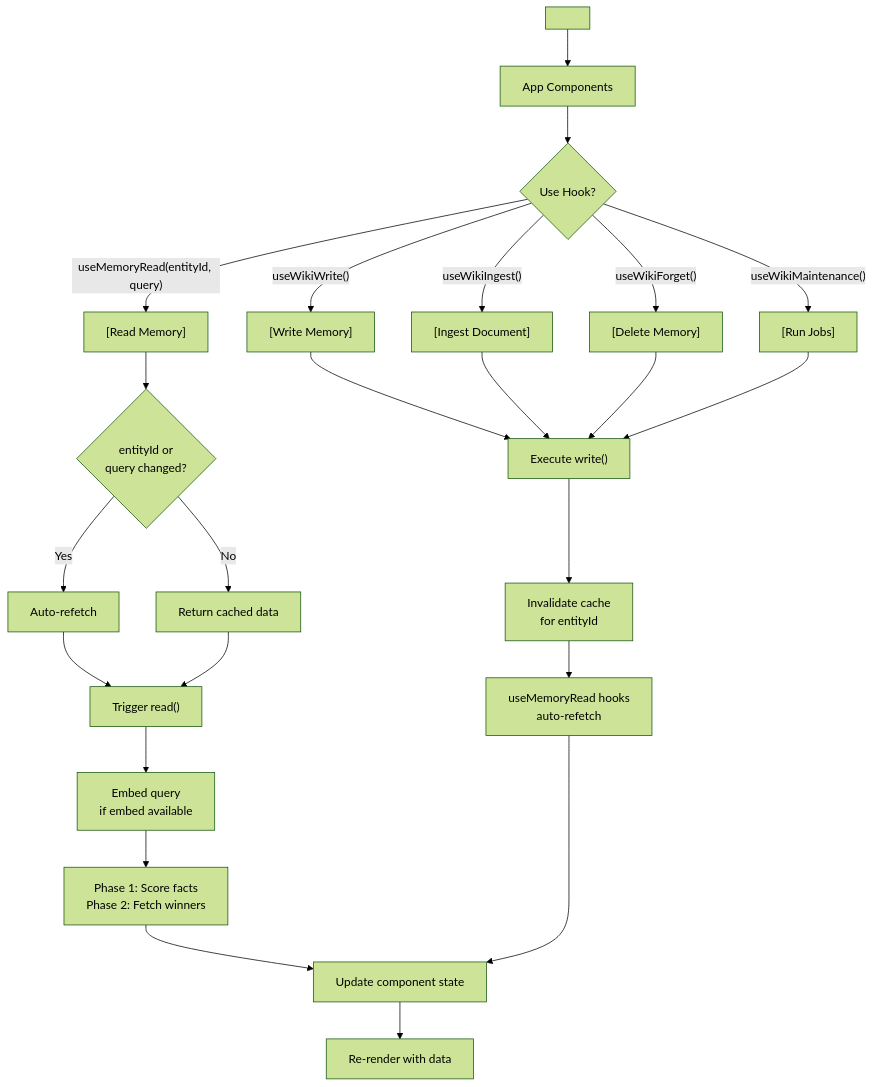
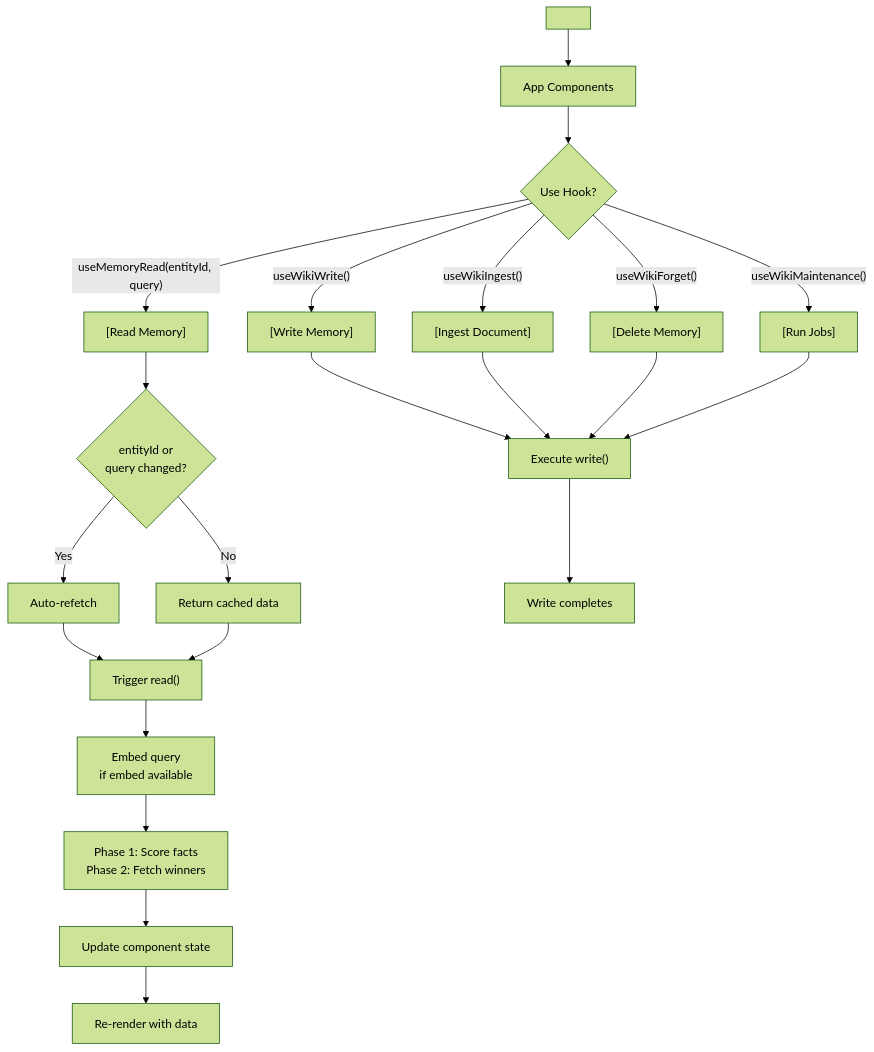
The third of 3 diagrams in README.md (equationalapplications/expo-llm-wiki), drawn with Mermaid (forest theme) before and after one commit. The commit also changed other lines of this file and 7 other files, not shown here.

````diff
--- a/README.md
+++ b/README.md
@@ -678,26 +678,24 @@
 ```mermaid
 flowchart TD
     A["<WikiProvider wiki={wiki}>"] --> B["App Components"]
     B --> C{"Use Hook?"}
     C -->|"useMemoryRead(entityId, query)"| D["[Read Memory]"]
     C -->|"useWikiWrite()"| E["[Write Memory]"]
     C -->|"useWikiIngest()"| F["[Ingest Document]"]
     C -->|"useWikiForget()"| G["[Delete Memory]"]
     C -->|"useWikiMaintenance()"| H["[Run Jobs]"]
     D --> I{"entityId or<br/>query changed?"}
     I -->|"Yes"| J["Auto-refetch"]
     I -->|"No"| K["Return cached data"]
     J --> L["Trigger read()"]
     K --> L
     L --> M["Embed query<br/>if embed available"]
     M --> N["Phase 1: Score facts<br/>Phase 2: Fetch winners"]
     N --> O["Update component state"]
     O --> P["Re-render with data"]
     E --> Q["Execute write()"]
     F --> Q
     G --> Q
     H --> Q
-    Q --> R["Invalidate cache<br/>for entityId"]
-    R --> S["useMemoryRead hooks<br/>auto-refetch"]
-    S --> O
+    Q --> R["Write completes"]
 ```
````
